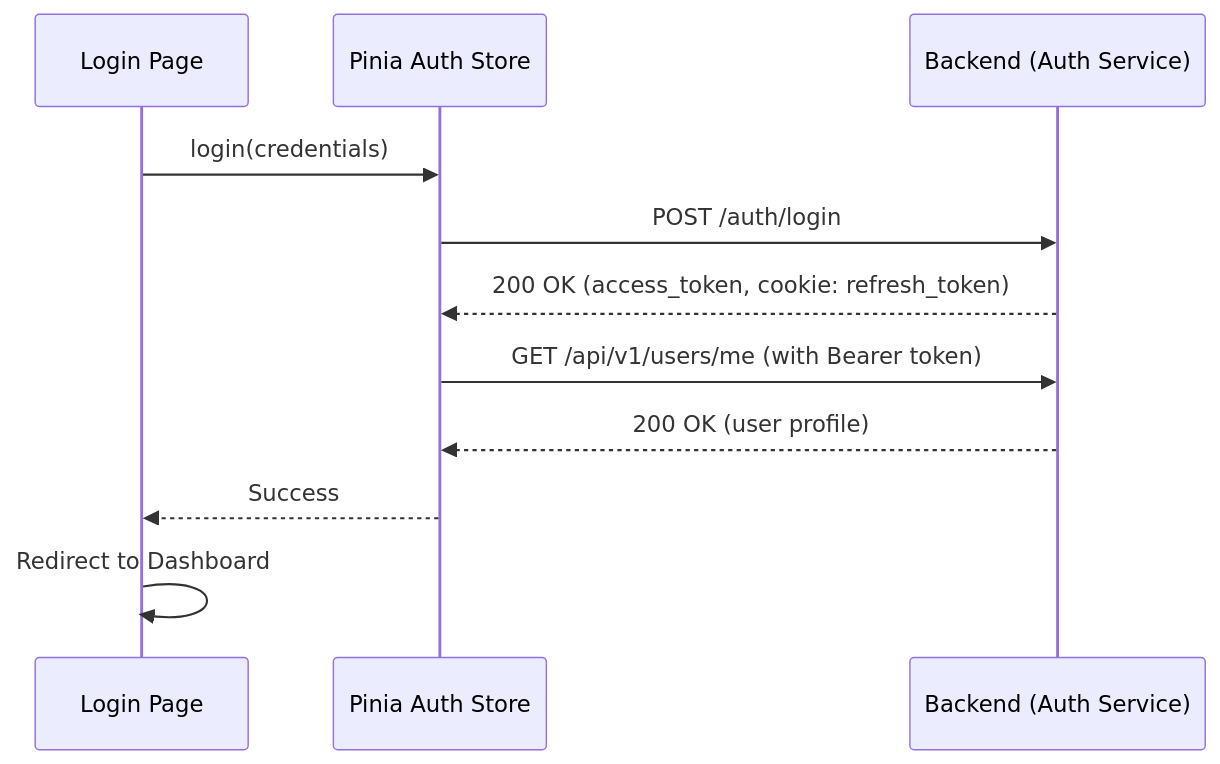
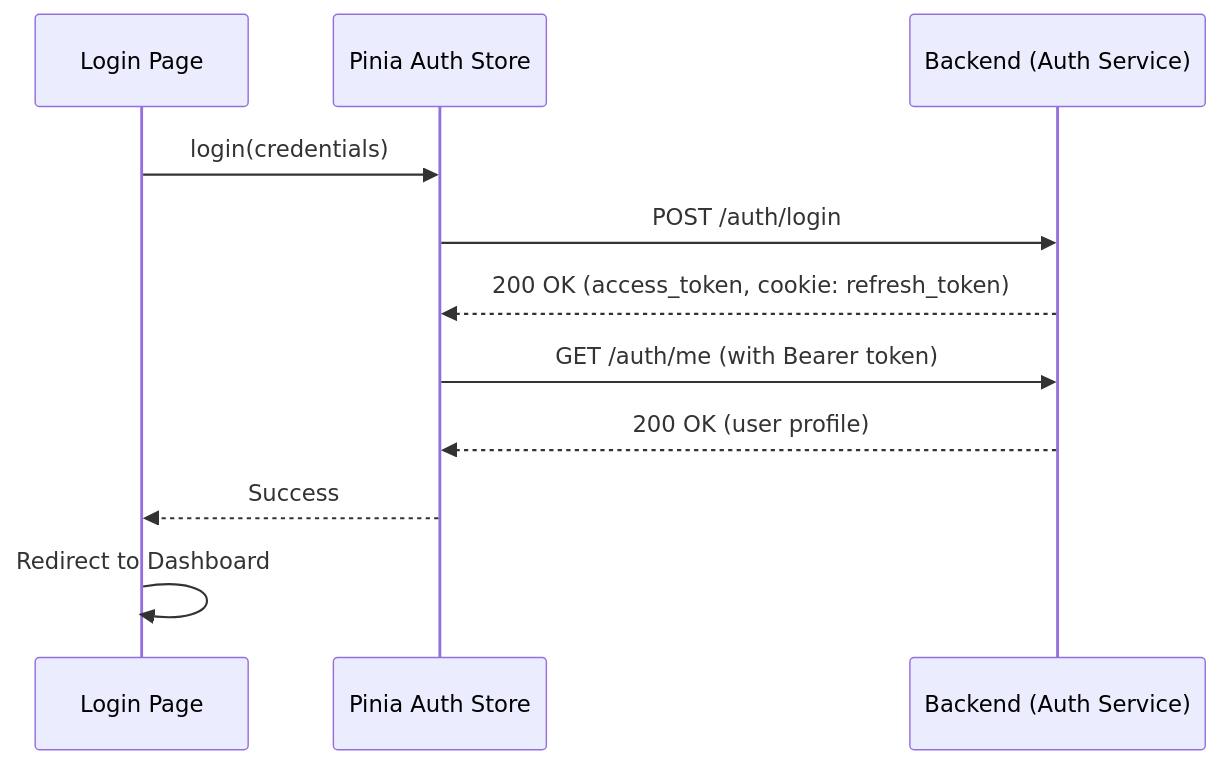
Before and after one commit to Arroziqi/distributed-payment-system: the first of 4 diagrams in frontend/docs/AUTH.md, drawn with Mermaid. The commit also changed other lines of this file and 3 other files, not shown here.

````diff
--- a/frontend/docs/AUTH.md
+++ b/frontend/docs/AUTH.md
@@ -28,14 +28,14 @@
 ```mermaid
 sequenceDiagram
     participant UI as Login Page
     participant Store as Pinia Auth Store
     participant API as Backend (Auth Service)
     
     UI->>Store: login(credentials)
     Store->>API: POST /auth/login
     API-->>Store: 200 OK (access_token, cookie: refresh_token)
-    Store->>API: GET /api/v1/users/me (with Bearer token)
+    Store->>API: GET /auth/me (with Bearer token)
     API-->>Store: 200 OK (user profile)
     Store-->>UI: Success
     UI->>UI: Redirect to Dashboard
 ```
````
